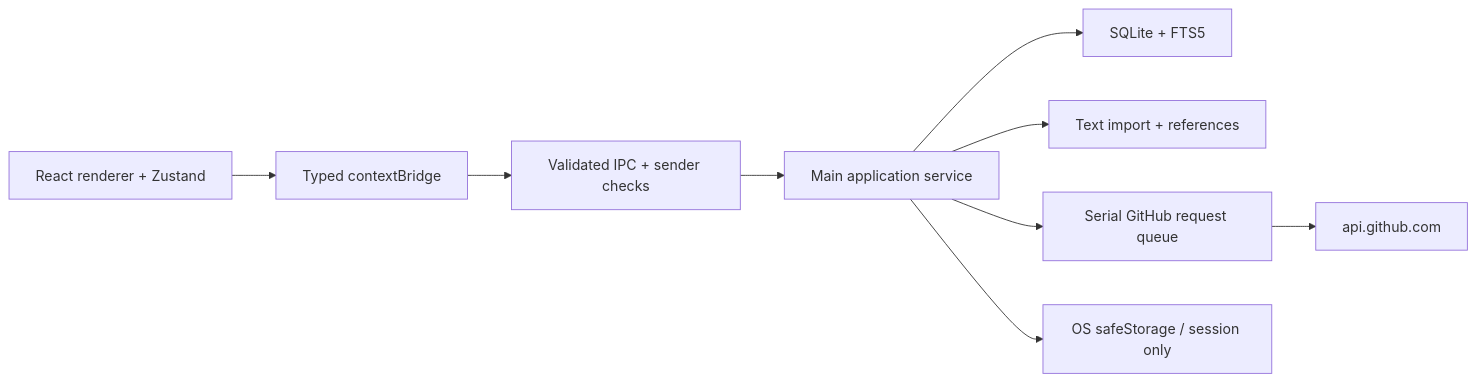
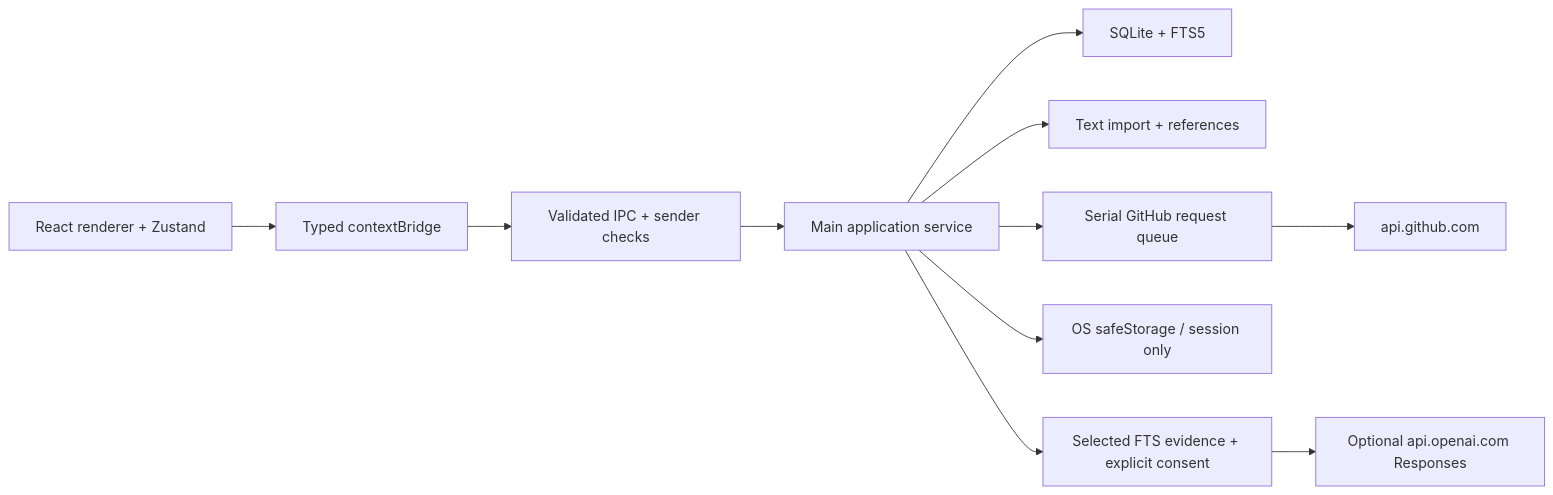
The diagram in ARCHITECTURE.md (rajatrsrivastav/compass), drawn with Mermaid before and after one commit. The commit also changed other lines of this file and 35 other files, not shown here.

````diff
--- a/ARCHITECTURE.md
+++ b/ARCHITECTURE.md
@@ -5,11 +5,13 @@
 ```mermaid
 flowchart LR
   React[React renderer + Zustand] --> Preload[Typed contextBridge]
   Preload --> IPC[Validated IPC + sender checks]
   IPC --> Service[Main application service]
   Service --> SQLite[SQLite + FTS5]
   Service --> Import[Text import + references]
   Service --> Queue[Serial GitHub request queue]
   Queue --> GitHub[api.github.com]
   Service --> Credentials[OS safeStorage / session only]
+  Service --> Preview[Selected FTS evidence + explicit consent]
+  Preview --> OpenAI[Optional api.openai.com Responses]
 ```
````
